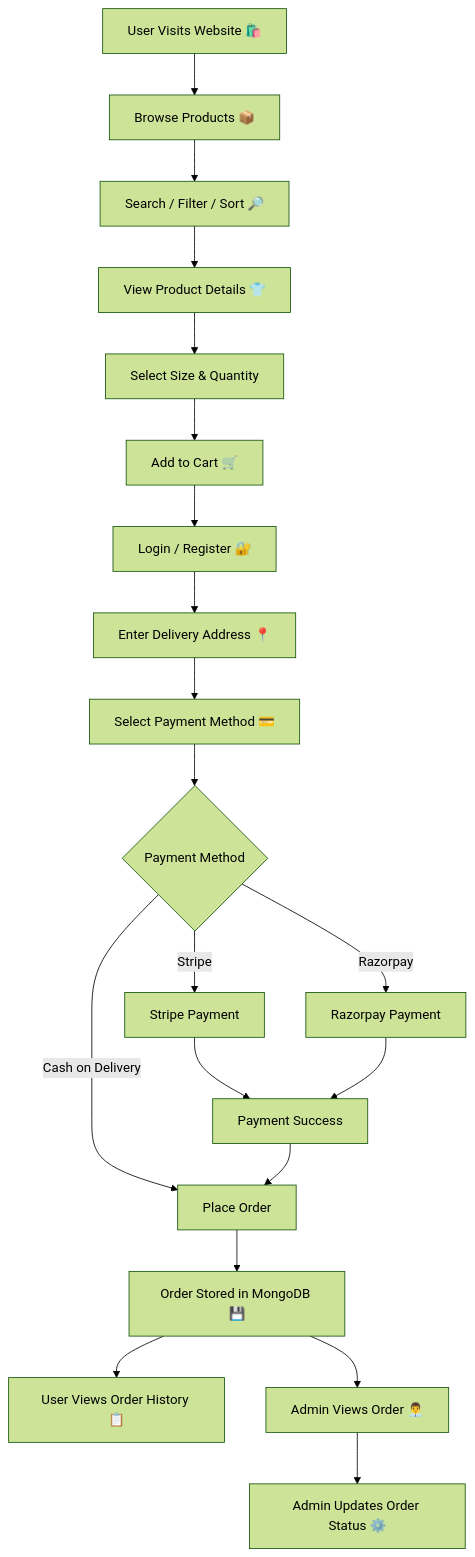
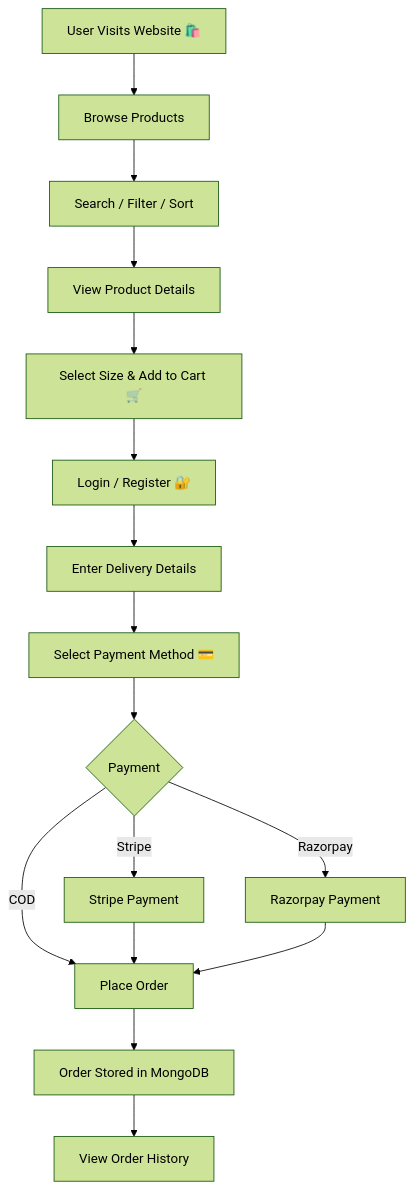
Before and after one commit to VarshaChintapatla/ecomerce-website: the diagram in README.md, drawn with Mermaid (forest theme). The commit also changed other lines of this file, not shown here.

````diff
--- a/README.md
+++ b/README.md
@@ -168,41 +119,18 @@
 ```mermaid
 flowchart TD
-
-    A[User Visits Website 🛍️] --> B[Browse Products 📦]
-
-    B --> C[Search / Filter / Sort 🔎]
-
-    C --> D[View Product Details 👕]
-
-    D --> E[Select Size & Quantity]
-
-    E --> F[Add to Cart 🛒]
-
-    F --> G[Login / Register 🔐]
-
-    G --> H[Enter Delivery Address 📍]
-
-    H --> I[Select Payment Method 💳]
-
-    I --> J{Payment Method}
-
-    J -->|Cash on Delivery| K[Place Order]
-
-    J -->|Stripe| L[Stripe Payment]
-
-    J -->|Razorpay| M[Razorpay Payment]
-
-    L --> N[Payment Success]
-
-    M --> N
-
-    N --> K
-
-    K --> O[Order Stored in MongoDB 💾]
-
-    O --> P[User Views Order History 📋]
-
-    O --> Q[Admin Views Order 👨‍💼]
-
-    Q --> R[Admin Updates Order Status ⚙️]
+    A[User Visits Website 🛍️] --> B[Browse Products]
+    B --> C[Search / Filter / Sort]
+    C --> D[View Product Details]
+    D --> E[Select Size & Add to Cart 🛒]
+    E --> F[Login / Register 🔐]
+    F --> G[Enter Delivery Details]
+    G --> H[Select Payment Method 💳]
+    H --> I{Payment}
+    I -->|COD| J[Place Order]
+    I -->|Stripe| K[Stripe Payment]
+    I -->|Razorpay| L[Razorpay Payment]
+    K --> J
+    L --> J
+    J --> M[Order Stored in MongoDB]
+    M --> N[View Order History]
 ```
````
